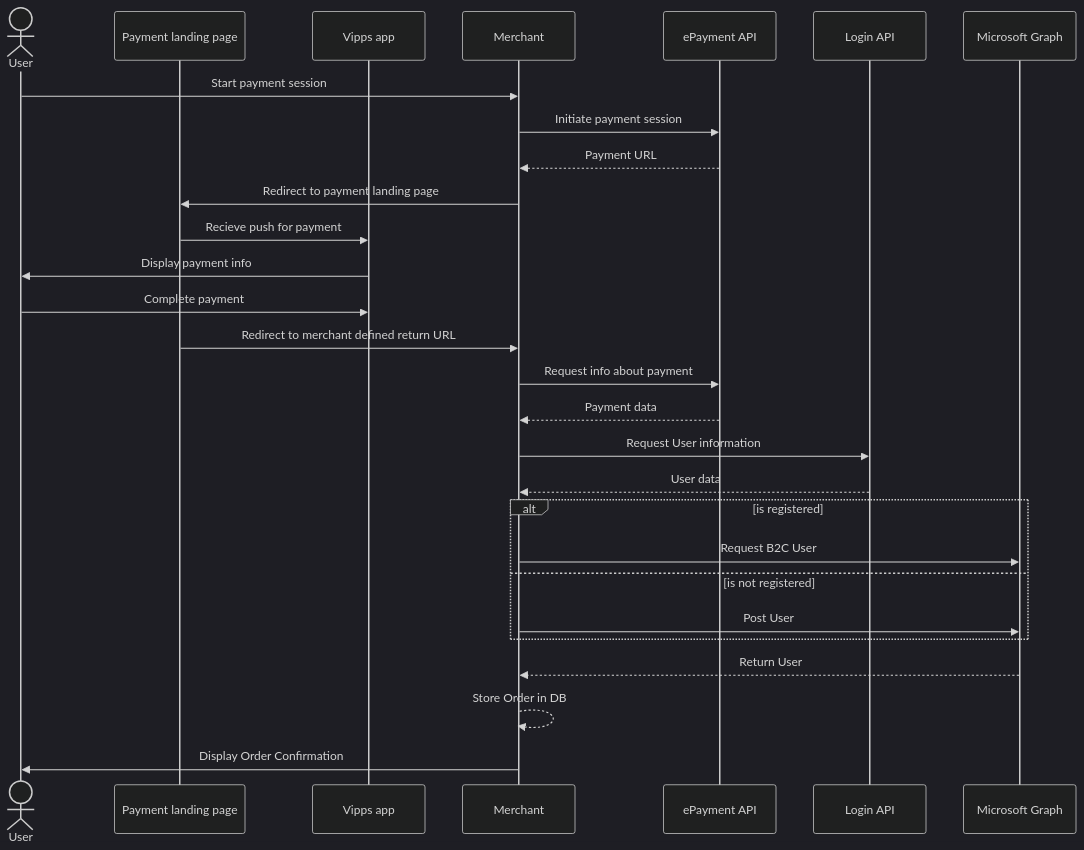
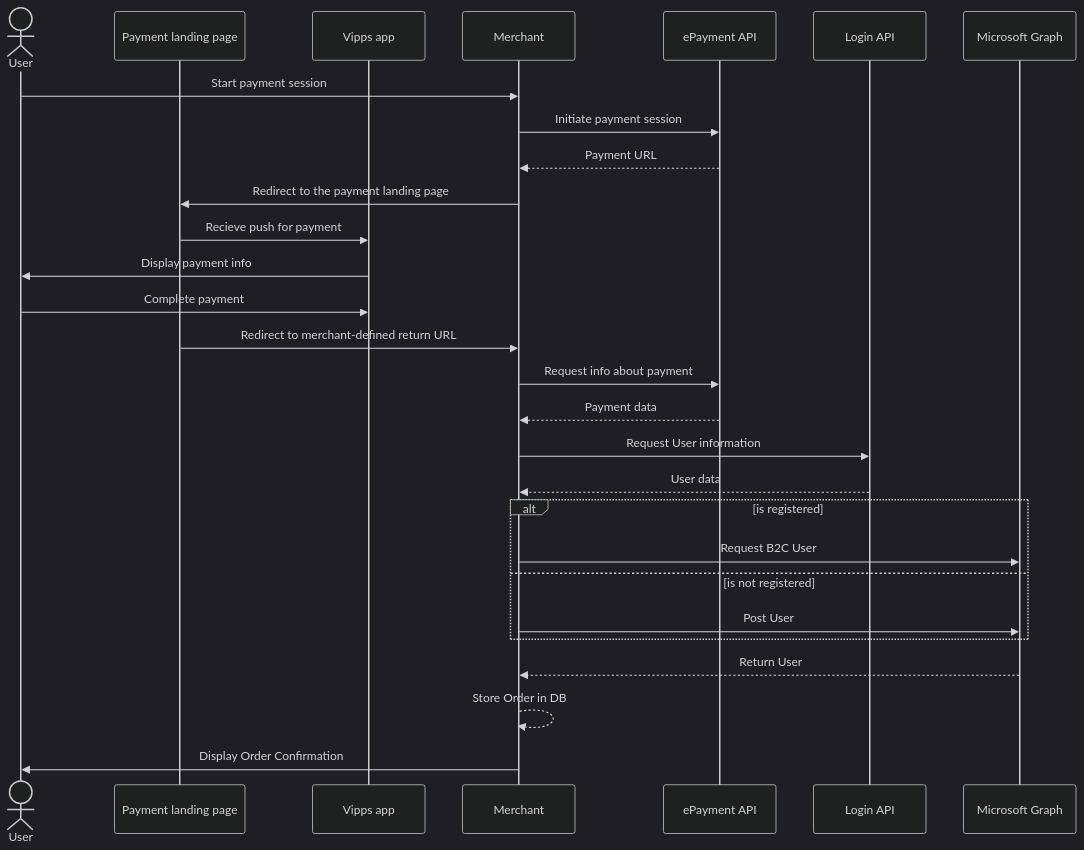
Before and after one commit to vippsas/vipps-solutions: the diagram in azure-b2c/Documentation/PaymentFlowB2C.md, drawn with Mermaid (dark theme). The commit also changed other lines of this file and 1 other file, not shown here.

````diff
--- a/azure-b2c/Documentation/PaymentFlowB2C.md
+++ b/azure-b2c/Documentation/PaymentFlowB2C.md
@@ -45,47 +63,47 @@
 ```mermaid
 
 sequenceDiagram
     actor User
     participant Payment landing page
     participant Vipps app
     participant Merchant
     participant ePayment API
     participant Login API
     participant Microsoft Graph
 
     User->>Merchant: Start payment session
 
     Merchant->>ePayment API: Initiate payment session
 
     ePayment API-->>Merchant: Payment URL
 
-    Merchant->>Payment landing page: Redirect to payment landing page
+    Merchant->>Payment landing page: Redirect to the payment landing page
 
     Payment landing page->>Vipps app: Recieve push for payment
 
     Vipps app->>User: Display payment info
 
     User->>Vipps app: Complete payment
 
-    Payment landing page->>Merchant: Redirect to merchant defined return URL
+    Payment landing page->>Merchant: Redirect to merchant-defined return URL
 
     Merchant->>ePayment API: Request info about payment
 
     ePayment API-->>Merchant: Payment data
 
     Merchant->>Login API: Request User information
 
     Login API-->>Merchant: User data
 
     alt is registered
         Merchant->>Microsoft Graph: Request B2C User
     else is not registered
         Merchant->>Microsoft Graph: Post User
     end
 
     Microsoft Graph-->>Merchant: Return User
 
     Merchant-->>Merchant: Store Order in DB
 
     Merchant->>User: Display Order Confirmation
 ```
````
